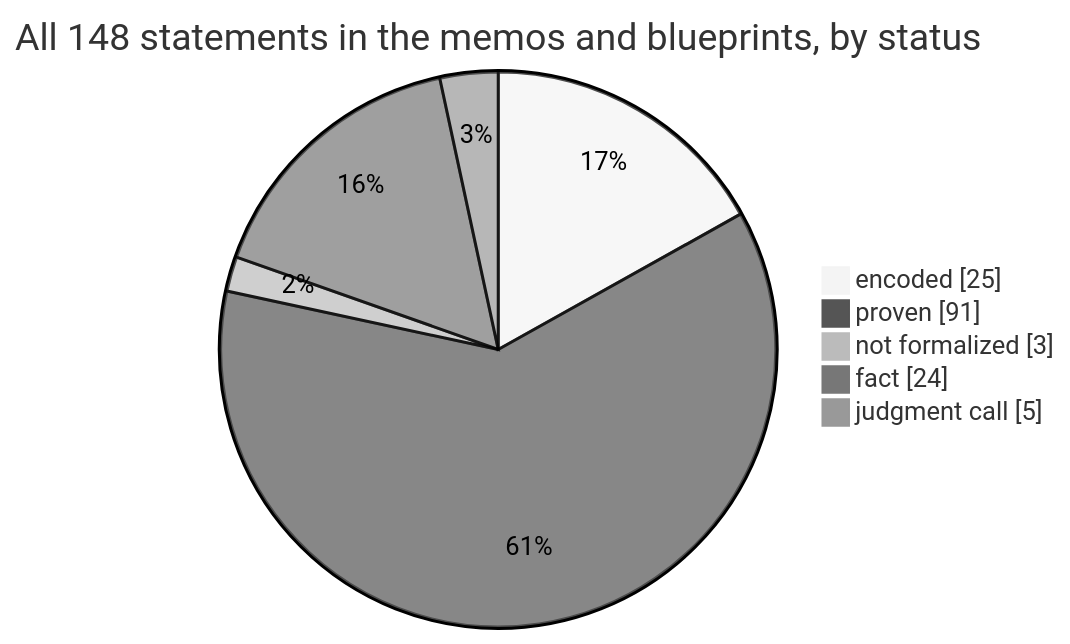
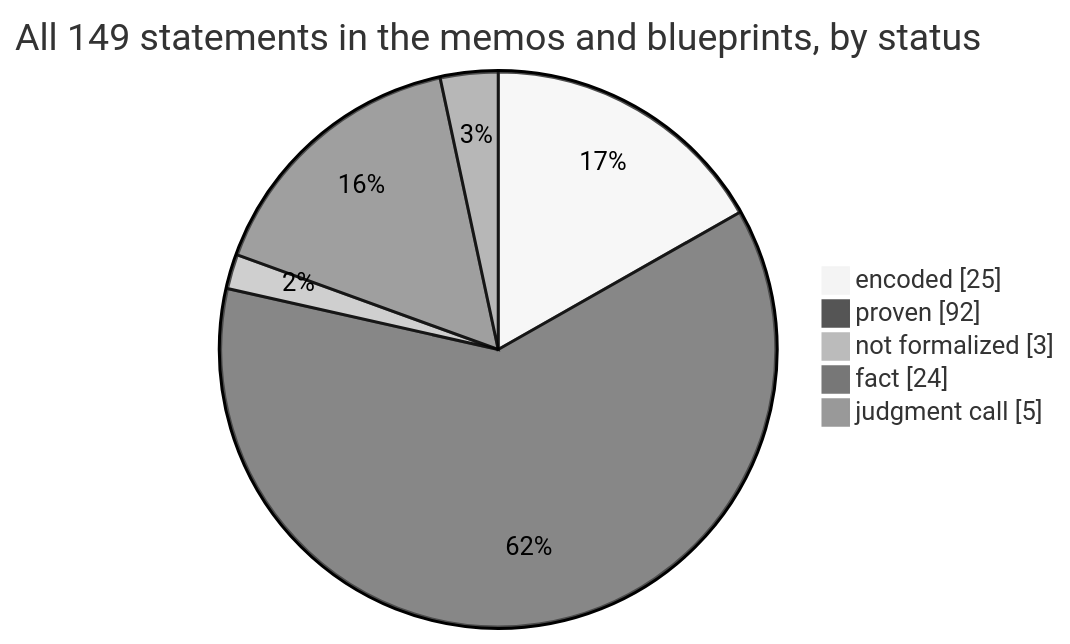
One commit to SeanWMurray/Canteen changed the first of 4 diagrams in docs/graphs/dashboard.md. Above: the diagram before and after it, drawn with Mermaid (neutral theme). The commit also changed other lines of this file and 16 other files, not shown here.

````diff
--- a/docs/graphs/dashboard.md
+++ b/docs/graphs/dashboard.md
@@ -11,8 +11,8 @@
 ```mermaid
-pie showData title All 148 statements in the memos and blueprints, by status
+pie showData title All 149 statements in the memos and blueprints, by status
     "encoded" : 25
-    "proven" : 91
+    "proven" : 92
     "not formalized" : 3
     "fact" : 24
     "judgment call" : 5
 ```
````
